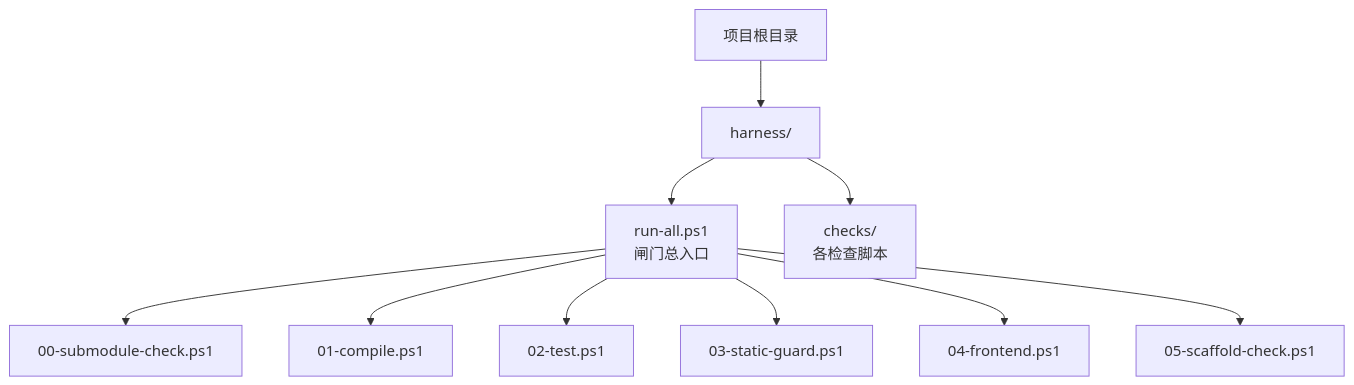
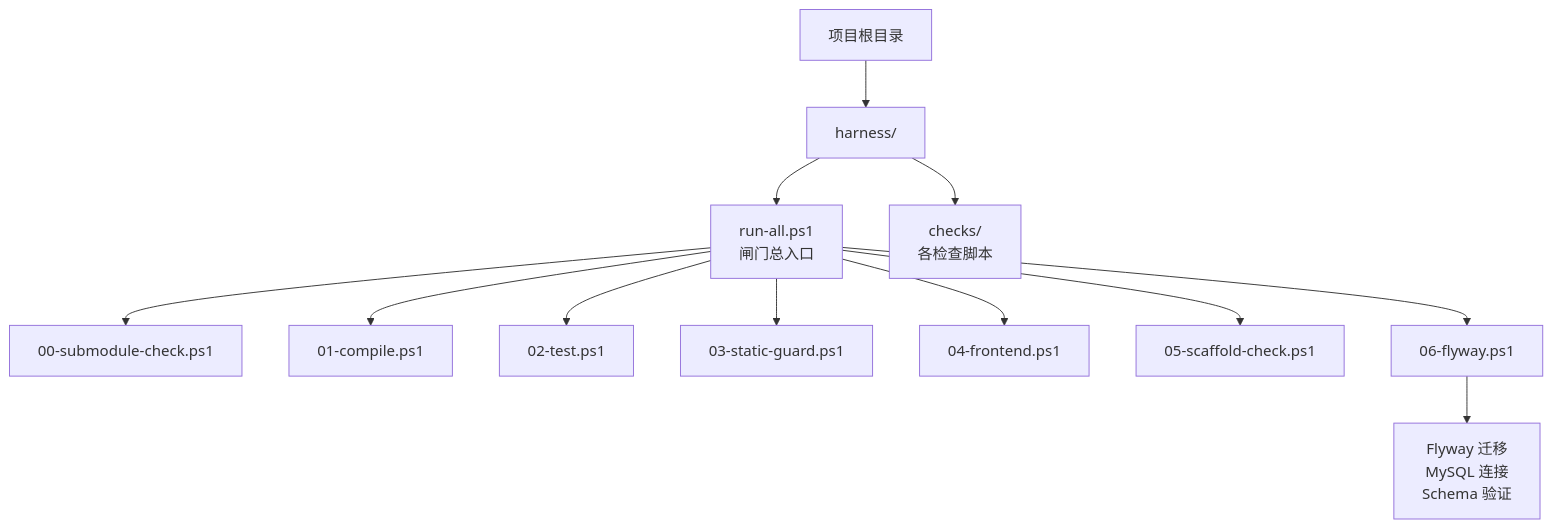
One commit to luyitiger6/my-first-project changed the first of 8 diagrams in .qoder/repowiki/zh/content/自动化验证/自定义闸门开发.md. Above: the diagram before and after it, drawn with Mermaid. The commit also changed other lines of this file and 38 other files, not shown here.

````diff
--- a/.qoder/repowiki/zh/content/自动化验证/自定义闸门开发.md
+++ b/.qoder/repowiki/zh/content/自动化验证/自定义闸门开发.md
@@ -41,12 +44,14 @@
 ```mermaid
 graph TB
 Root["项目根目录"] --> Harness["harness/"]
 Harness --> Runner["run-all.ps1<br/>闸门总入口"]
 Harness --> Checks["checks/<br/>各检查脚本"]
 Runner --> Check00["00-submodule-check.ps1"]
 Runner --> Check01["01-compile.ps1"]
 Runner --> Check02["02-test.ps1"]
 Runner --> Check03["03-static-guard.ps1"]
 Runner --> Check04["04-frontend.ps1"]
 Runner --> Check05["05-scaffold-check.ps1"]
+Runner --> Check06["06-flyway.ps1"]
+Check06 --> Flyway["Flyway 迁移<br/>MySQL 连接<br/>Schema 验证"]
 ```
````
